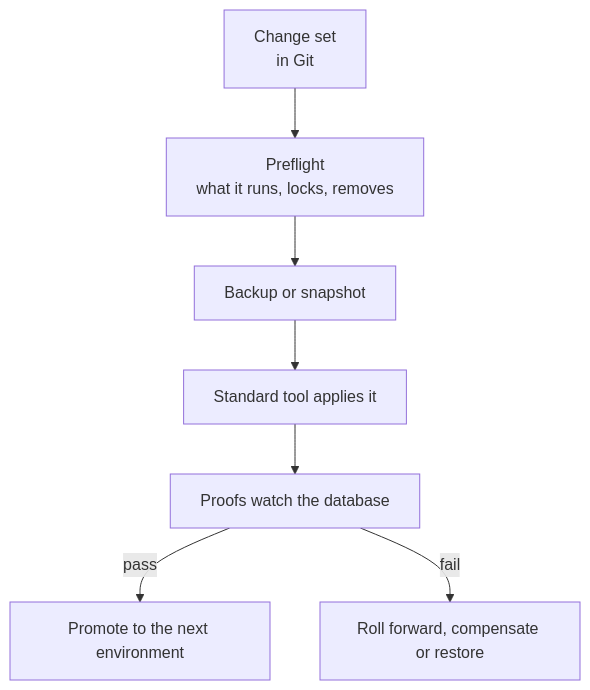
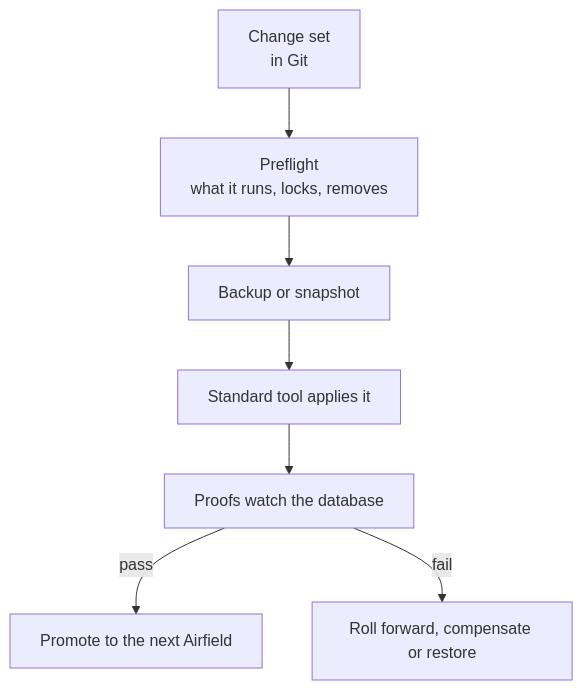
One commit to JK-Magic-Creations/launchway changed the diagram in docs/roadmap/milestone-10.md. Above: the diagram before and after it, drawn with Mermaid. The commit also changed other lines of this file and 315 other files, not shown here.

````diff
--- a/docs/roadmap/milestone-10.md
+++ b/docs/roadmap/milestone-10.md
@@ -26,9 +26,9 @@
 ```mermaid
 flowchart TD
   Change["Change set<br/>in Git"] --> Pre["Preflight<br/>what it runs, locks, removes"]
   Pre --> Backup["Backup or snapshot"]
   Backup --> Run["Standard tool applies it"]
   Run --> Proof["Proofs watch the database"]
-  Proof -->|pass| Promote["Promote to the next environment"]
+  Proof -->|pass| Promote["Promote to the next Airfield"]
   Proof -->|fail| Plan["Roll forward, compensate or restore"]
 ```
````
